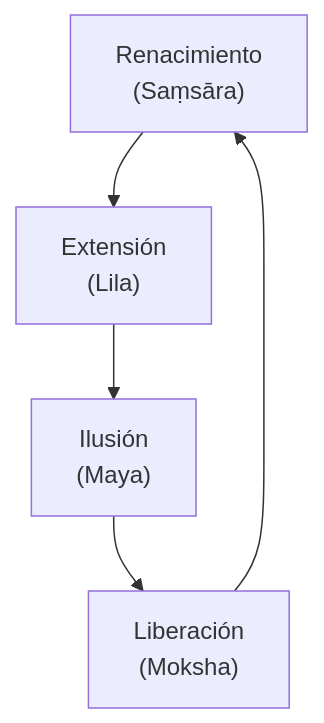
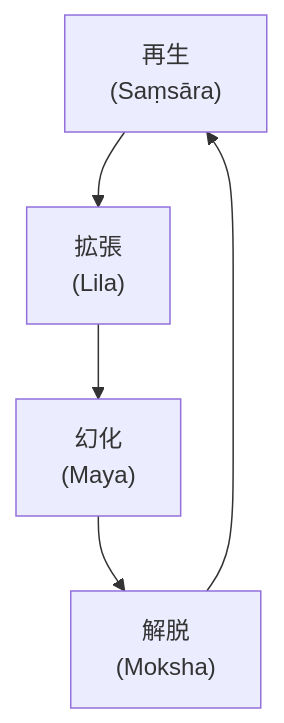
One commit to monumental-movement/monumental-movement.github.io changed the second of 4 diagrams in es/_posts/2025-10-05-Column-Shpongle.md. Above: the diagram before and after it, drawn with Mermaid. The commit also changed other lines of this file and 299 other files, not shown here.

```diff
--- a/es/_posts/2025-10-05-Column-Shpongle.md
+++ b/es/_posts/2025-10-05-Column-Shpongle.md
@@ -113,9 +113,9 @@
 <div class="mermaid">
 
 flowchart TD
-  A["Generación<br>(Brahman)"] --> B["Extensión<br>(Lila)"]
-  B --> C["Ilusión<br>(Maya)"]
-  C --> D["Liberación<br>(Moksha)"]
-  D --> A["Renacimiento<br>(Saṃsāra)"]
+  A["生成<br>(Brahman)"] --> B["拡張<br>(Lila)"]
+  B --> C["幻化<br>(Maya)"]
+  C --> D["解脱<br>(Moksha)"]
+  D --> A["再生<br>(Saṃsāra)"]
 
 </div>
```
